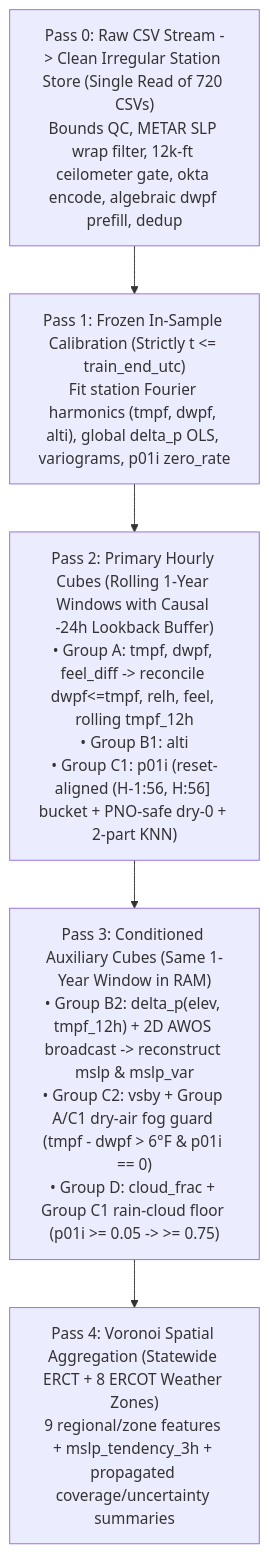
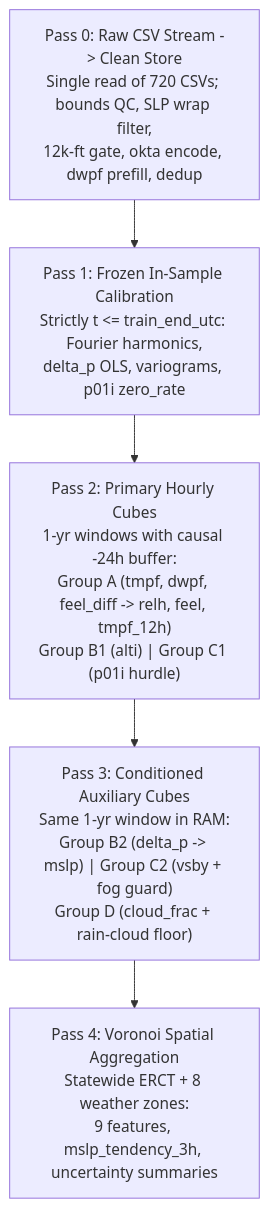
One commit to CamiloEmiliano/ercot-voronoi-load changed the diagram in docs/decisions/ADR-00008-weather-imputation-dag-and-anti-leakage-.md. Above: the diagram before and after it, drawn with Mermaid.

Commit message:
Wrap Mermaid node labels in ADR-00008 DAG

````diff
--- a/docs/decisions/ADR-00008-weather-imputation-dag-and-anti-leakage-.md
+++ b/docs/decisions/ADR-00008-weather-imputation-dag-and-anti-leakage-.md
@@ -37,10 +37,10 @@
 ```mermaid
 flowchart TD
-    P0["Pass 0: Raw CSV Stream -> Clean Irregular Station Store (Single Read of 720 CSVs)<br/>Bounds QC, METAR SLP wrap filter, 12k-ft ceilometer gate, okta encode, algebraic dwpf prefill, dedup"]
-    P1["Pass 1: Frozen In-Sample Calibration (Strictly t <= train_end_utc)<br/>Fit station Fourier harmonics (tmpf, dwpf, alti), global delta_p OLS, variograms, p01i zero_rate"]
-    P2["Pass 2: Primary Hourly Cubes (Rolling 1-Year Windows with Causal -24h Lookback Buffer)<br/>• Group A: tmpf, dwpf, feel_diff -> reconcile dwpf<=tmpf, relh, feel, rolling tmpf_12h<br/>• Group B1: alti<br/>• Group C1: p01i (reset-aligned (H-1:56, H:56] bucket + PNO-safe dry-0 + 2-part KNN)"]
-    P3["Pass 3: Conditioned Auxiliary Cubes (Same 1-Year Window in RAM)<br/>• Group B2: delta_p(elev, tmpf_12h) + 2D AWOS broadcast -> reconstruct mslp & mslp_var<br/>• Group C2: vsby + Group A/C1 dry-air fog guard (tmpf - dwpf > 6°F & p01i == 0)<br/>• Group D: cloud_frac + Group C1 rain-cloud floor (p01i >= 0.05 -> >= 0.75)"]
-    P4["Pass 4: Voronoi Spatial Aggregation (Statewide ERCT + 8 ERCOT Weather Zones)<br/>9 regional/zone features + mslp_tendency_3h + propagated coverage/uncertainty summaries"]
+    P0["Pass 0: Raw CSV Stream -> Clean Store<br/>Single read of 720 CSVs; bounds QC, SLP wrap filter,<br/>12k-ft gate, okta encode, dwpf prefill, dedup"]
+    P1["Pass 1: Frozen In-Sample Calibration<br/>Strictly t <= train_end_utc: Fourier harmonics,<br/>delta_p OLS, variograms, p01i zero_rate"]
+    P2["Pass 2: Primary Hourly Cubes<br/>1-yr windows with causal -24h buffer:<br/>Group A (tmpf, dwpf, feel_diff -> relh, feel, tmpf_12h)<br/>Group B1 (alti) | Group C1 (p01i hurdle)"]
+    P3["Pass 3: Conditioned Auxiliary Cubes<br/>Same 1-yr window in RAM:<br/>Group B2 (delta_p -> mslp) | Group C2 (vsby + fog guard)<br/>Group D (cloud_frac + rain-cloud floor)"]
+    P4["Pass 4: Voronoi Spatial Aggregation<br/>Statewide ERCT + 8 weather zones:<br/>9 features, mslp_tendency_3h, uncertainty summaries"]
 
     P0 --> P1 --> P2 --> P3 --> P4
 ```
````
